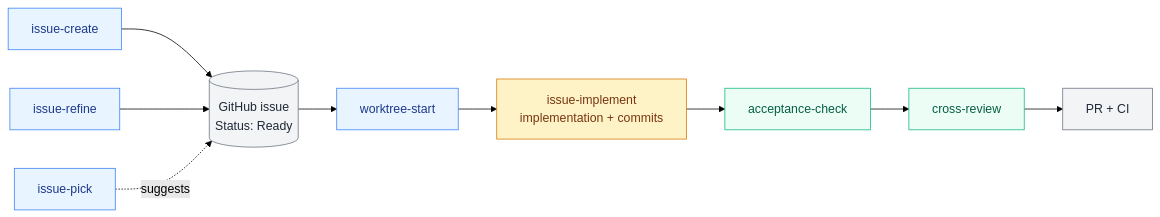
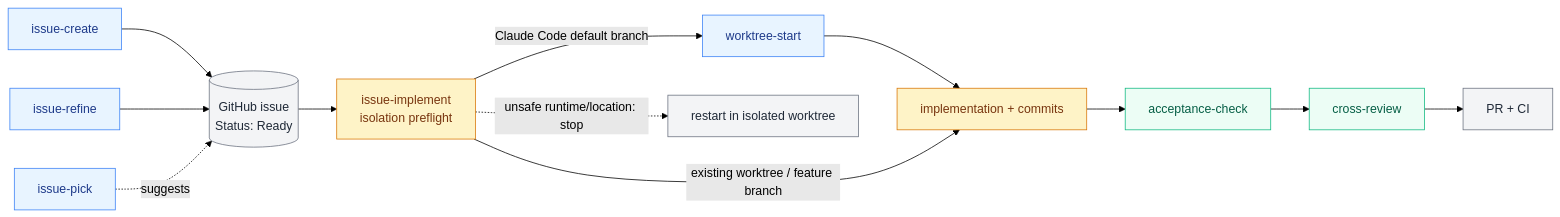
Before and after one commit to hirokisakabe/issuekit: the diagram in README.md, drawn with Mermaid (forest theme). The commit also changed other lines of this file and 1 other file, not shown here.

Commit message:
docs: align runtime worktree guidance

````diff
--- a/README.md
+++ b/README.md
@@ -111,21 +131,24 @@
 ```mermaid
 flowchart LR
     A[issue-create] --> I[(GitHub issue<br/>Status: Ready)]
     R[issue-refine] --> I
     P[issue-pick] -. suggests .-> I
-    I --> W[worktree-start]
-    W --> IMPL[issue-implement<br/>implementation + commits]
+    I --> PF[issue-implement<br/>isolation preflight]
+    PF -->|Claude Code default branch| W[worktree-start]
+    W --> IMPL[implementation + commits]
+    PF -->|existing worktree / feature branch| IMPL
+    PF -. unsafe runtime/location: stop .-> STOP[restart in isolated worktree]
     IMPL --> AC[acceptance-check]
     AC --> CR[cross-review]
     CR --> C[PR + CI]
 
     classDef entry fill:#e8f4ff,stroke:#3b82f6,color:#1e3a8a
     classDef orch  fill:#fef3c7,stroke:#d97706,color:#78350f
     classDef ver   fill:#ecfdf5,stroke:#10b981,color:#065f46
     classDef out   fill:#f3f4f6,stroke:#6b7280,color:#1f2937
 
     class A,R,P,W entry
-    class IMPL orch
+    class PF,IMPL orch
     class CR,AC ver
-    class I,C out
+    class I,C,STOP out
 ```
````
